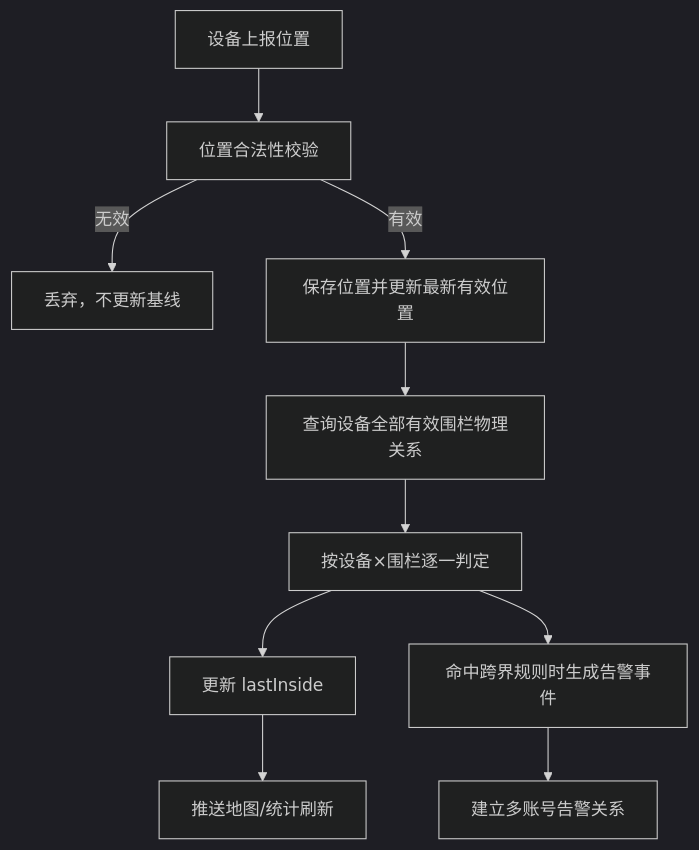
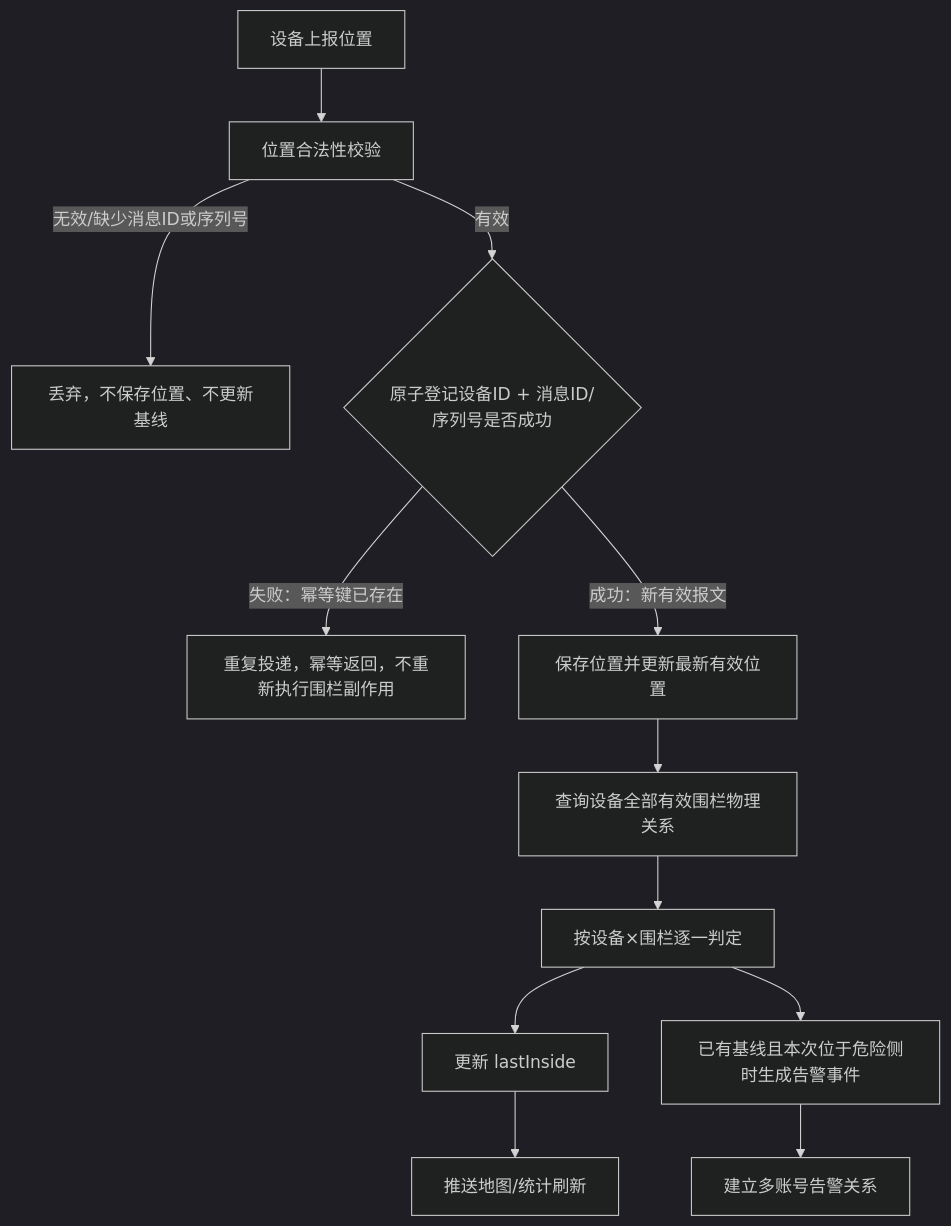
One commit to CuMgNa/skills changed the ninth of 9 diagrams in docs/manuals/革泰/逻辑大纲/革泰 APP 地理围栏逻辑点梳理 plan.md. Above: the diagram before and after it, drawn with Mermaid (dark theme). The commit also changed other lines of this file and 14 other files, not shown here.

````diff
--- a/docs/manuals/革泰/逻辑大纲/革泰 APP 地理围栏逻辑点梳理 plan.md
+++ b/docs/manuals/革泰/逻辑大纲/革泰 APP 地理围栏逻辑点梳理 plan.md
@@ -785,12 +856,14 @@
 ```mermaid
 flowchart TD
     A["设备上报位置"] --> B["位置合法性校验"]
-    B -->|"无效"| C["丢弃，不更新基线"]
-    B -->|"有效"| D["保存位置并更新最新有效位置"]
-    D --> E["查询设备全部有效围栏物理关系"]
-    E --> F["按设备×围栏逐一判定"]
-    F --> G["更新 lastInside"]
-    F --> H["命中跨界规则时生成告警事件"]
-    H --> I["建立多账号告警关系"]
-    G --> J["推送地图/统计刷新"]
+    B -->|"无效/缺少消息ID或序列号"| C["丢弃，不保存位置、不更新基线"]
+    B -->|"有效"| D{"原子登记设备ID + 消息ID/序列号是否成功"}
+    D -->|"失败：幂等键已存在"| E["重复投递，幂等返回，不重新执行围栏副作用"]
+    D -->|"成功：新有效报文"| F["保存位置并更新最新有效位置"]
+    F --> G["查询设备全部有效围栏物理关系"]
+    G --> H["按设备×围栏逐一判定"]
+    H --> I["更新 lastInside"]
+    H --> J["已有基线且本次位于危险侧时生成告警事件"]
+    J --> K["建立多账号告警关系"]
+    I --> L["推送地图/统计刷新"]
 ```
````
